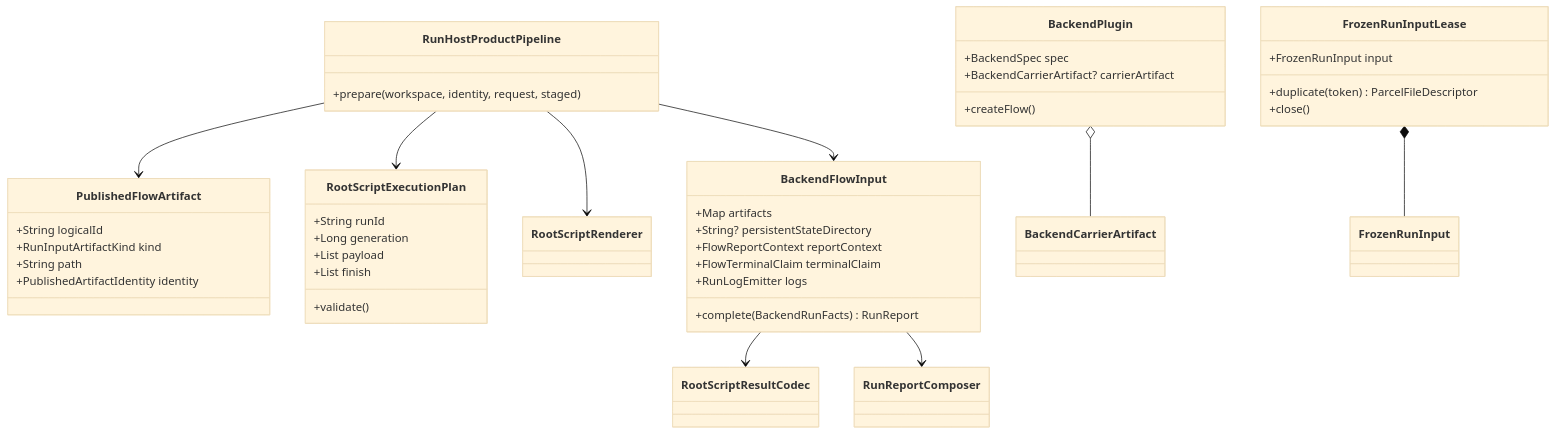
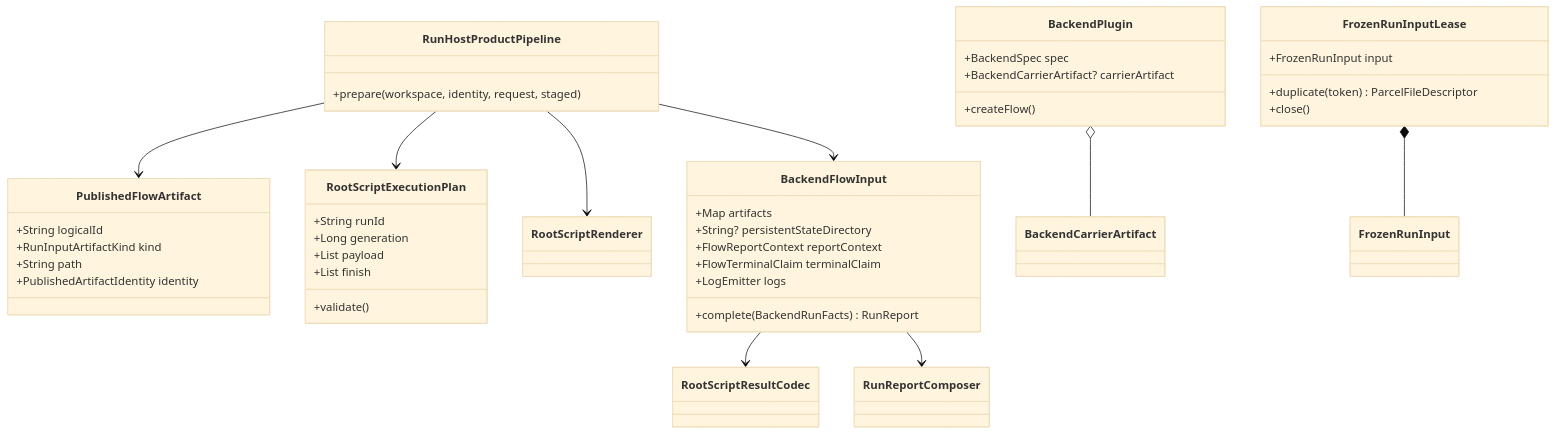
Diagram 50 of 56 in docs/development/full-process-uml.md (YuKongA/ghostlock-app), drawn with Mermaid (base theme) before and after one commit. The commit also changed other lines of this file and 100 other files, not shown here.

Commit message:
refactor(run): finalize log hub and diagnose handoff

```diff
--- a/docs/development/full-process-uml.md
+++ b/docs/development/full-process-uml.md
@@ -1698,48 +1749,48 @@
 ~~~mermaid
 classDiagram
   class BackendPlugin {
     +BackendSpec spec
     +BackendCarrierArtifact? carrierArtifact
     +createFlow()
   }
   class FrozenRunInputLease {
     +FrozenRunInput input
     +duplicate(token) ParcelFileDescriptor
     +close()
   }
   class PublishedFlowArtifact {
     +String logicalId
     +RunInputArtifactKind kind
     +String path
     +PublishedArtifactIdentity identity
   }
   class RootScriptExecutionPlan {
     +String runId
     +Long generation
     +List payload
     +List finish
     +validate()
   }
   class RunHostProductPipeline {
     +prepare(workspace, identity, request, staged)
   }
   class RootScriptRenderer
   class RootScriptResultCodec
   class RunReportComposer
   class BackendFlowInput {
     +Map artifacts
     +String? persistentStateDirectory
     +FlowReportContext reportContext
     +FlowTerminalClaim terminalClaim
-    +RunLogEmitter logs
+    +LogEmitter logs
     +complete(BackendRunFacts) RunReport
   }
   BackendPlugin o-- BackendCarrierArtifact
   FrozenRunInputLease *-- FrozenRunInput
   RunHostProductPipeline --> PublishedFlowArtifact
   RunHostProductPipeline --> RootScriptExecutionPlan
   RunHostProductPipeline --> RootScriptRenderer
   RunHostProductPipeline --> BackendFlowInput
   BackendFlowInput --> RootScriptResultCodec
   BackendFlowInput --> RunReportComposer
 ~~~
```
